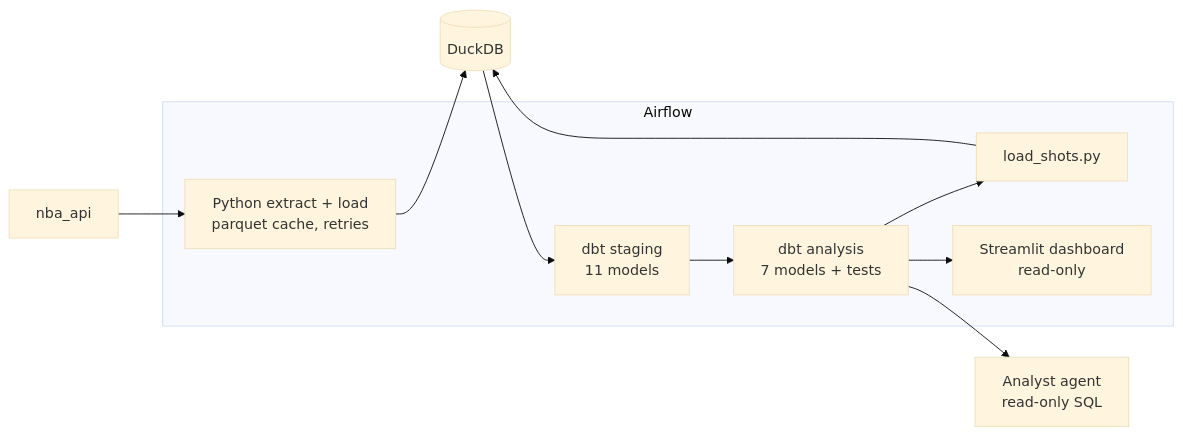
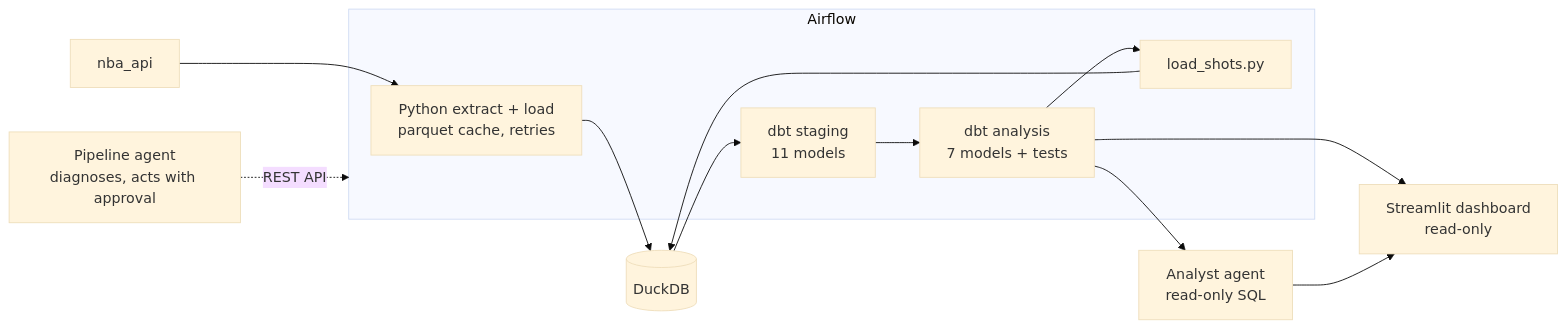
One commit to DanielBubalo/nba-clutch-reputation-data-eng changed the first of 2 diagrams in README.md. Above: the diagram before and after it, drawn with Mermaid (base theme). The commit also changed other lines of this file and 3 other files, not shown here.

Commit message:
README: pipeline agent, Ask the data tab, hexbin shot chart, updated structure and diagram

````diff
--- a/README.md
+++ b/README.md
@@ -18,17 +18,19 @@
 ```mermaid
 flowchart LR
     API[nba_api] --> EL[Python extract + load<br/>parquet cache, retries]
     EL --> DB[(DuckDB)]
     DB --> STG[dbt staging<br/>11 models]
     STG --> AN[dbt analysis<br/>7 models + tests]
     AN --> SHOTS[load_shots.py]
     SHOTS --> DB
     AN --> AGENT[Analyst agent<br/>read-only SQL]
+    AN --> DASH[Streamlit dashboard<br/>read-only]
+    AGENT --> DASH
     subgraph Airflow
-    AN --> DASH[Streamlit dashboard<br/>read-only]
         EL
         STG
         AN
         SHOTS
     end
+    PIPE[Pipeline agent<br/>diagnoses, acts with approval] -. REST API .-> Airflow
 ```
````
